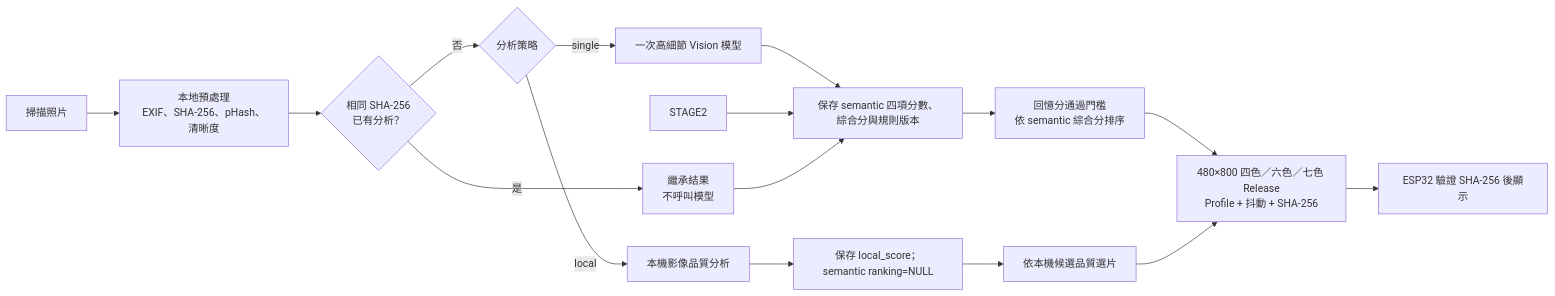
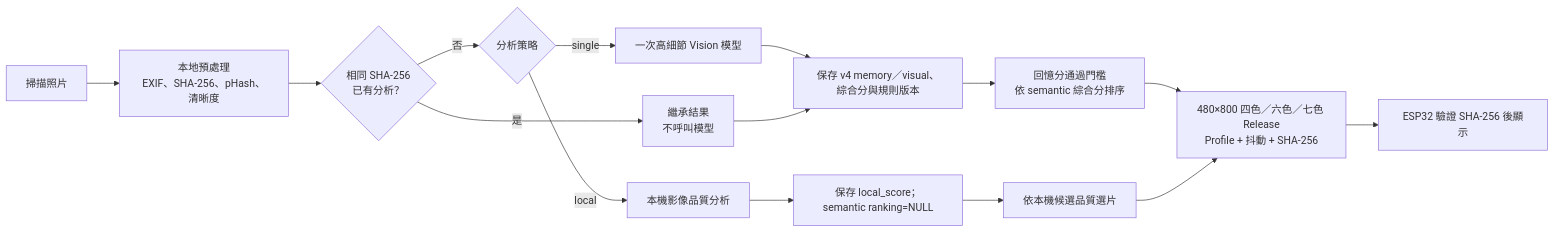
One commit to steven87090799/InkTime changed the second of 3 diagrams in docs/architecture/ARCHITECTURE_ZH_TW.md. Above: the diagram before and after it, drawn with Mermaid. The commit also changed other lines of this file and 70 other files, not shown here.

````diff
--- a/docs/architecture/ARCHITECTURE_ZH_TW.md
+++ b/docs/architecture/ARCHITECTURE_ZH_TW.md
@@ -69,16 +69,15 @@
 ```mermaid
 flowchart LR
     SCAN["掃描照片"] --> LOCAL["本地預處理<br/>EXIF、SHA-256、pHash、清晰度"]
     LOCAL --> DUP{"相同 SHA-256<br/>已有分析？"}
     DUP -->|"是"| INHERIT["繼承結果<br/>不呼叫模型"]
     DUP -->|"否"| STRATEGY{"分析策略"}
     STRATEGY -->|"local"| LOCAL_SCORE["本機影像品質分析"]
     STRATEGY -->|"single"| VISION["一次高細節 Vision 模型"]
-    VISION --> SAVE["保存 semantic 四項分數、綜合分與規則版本"]
-    STAGE2 --> SAVE
+    VISION --> SAVE["保存 v4 memory／visual、綜合分與規則版本"]
     LOCAL_SCORE --> LOCAL_SAVE["保存 local_score；semantic ranking=NULL"]
     INHERIT --> SAVE
     SAVE --> PICK["回憶分通過門檻<br/>依 semantic 綜合分排序"] --> RELEASE["480×800 四色／六色／七色 Release<br/>Profile + 抖動 + SHA-256"]
     LOCAL_SAVE --> LOCAL_PICK["依本機候選品質選片"] --> RELEASE
     RELEASE --> DEVICE["ESP32 驗證 SHA-256 後顯示"]
 ```
````
